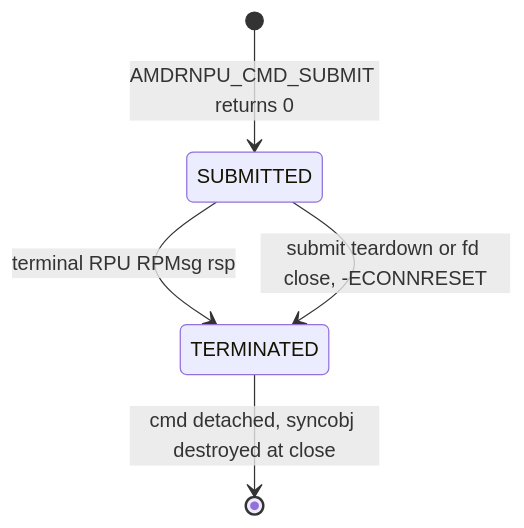
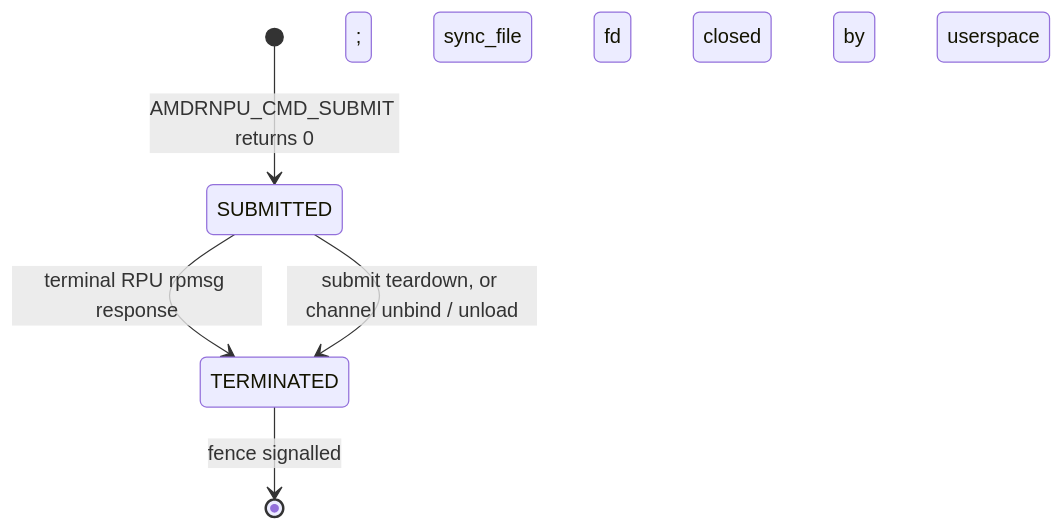
The first of 2 diagrams in docs/commands.md (Xilinx/amdrnpu), drawn with Mermaid before and after one commit. The commit also changed other lines of this file and 11 other files, not shown here.

````diff
--- a/docs/commands.md
+++ b/docs/commands.md
@@ -32,7 +33,7 @@
 ```mermaid
 stateDiagram-v2
     [*] --> SUBMITTED : AMDRNPU_CMD_SUBMIT returns 0
-    SUBMITTED --> TERMINATED : terminal RPU RPMsg rsp
-    SUBMITTED --> TERMINATED : submit teardown or fd close, -ECONNRESET
-    TERMINATED --> [*] : cmd detached, syncobj destroyed at close
+    SUBMITTED --> TERMINATED : terminal RPU rpmsg response
+    SUBMITTED --> TERMINATED : submit teardown, or channel unbind / unload
+    TERMINATED --> [*] : fence signalled; sync_file fd closed by userspace
 ```
````
